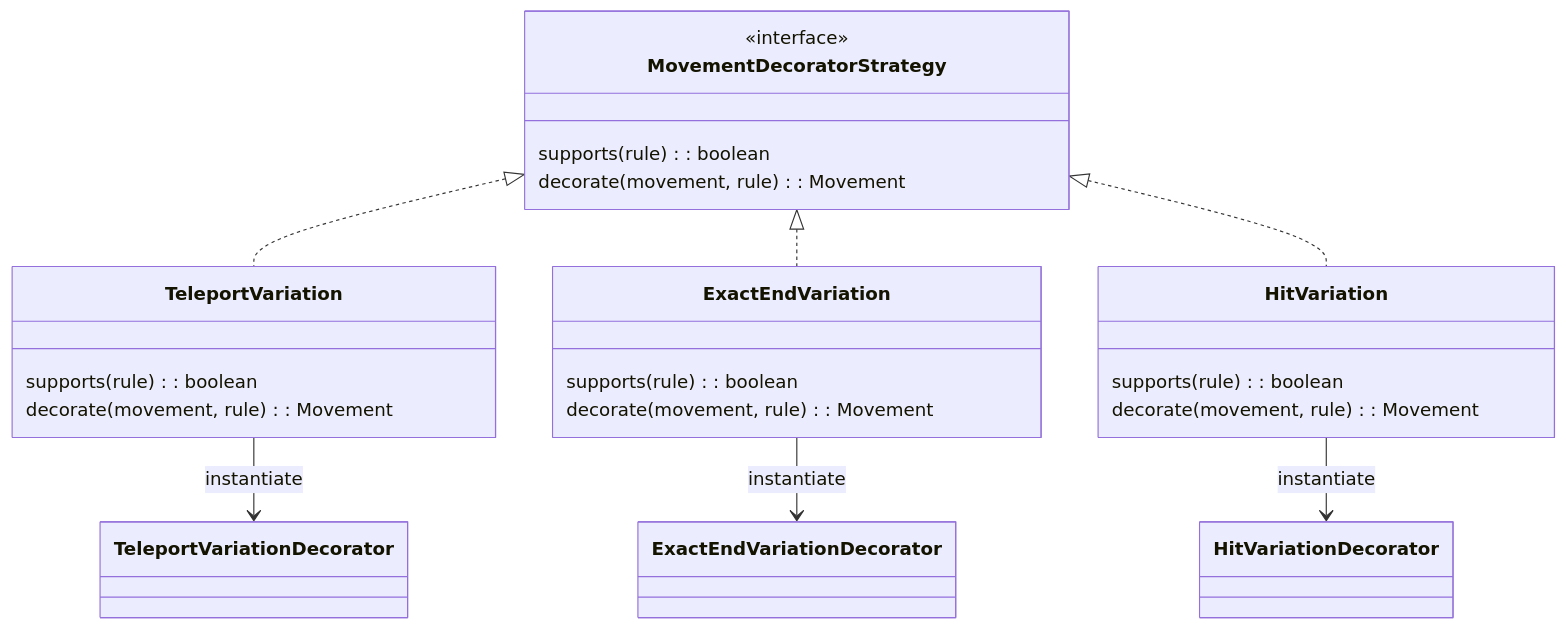
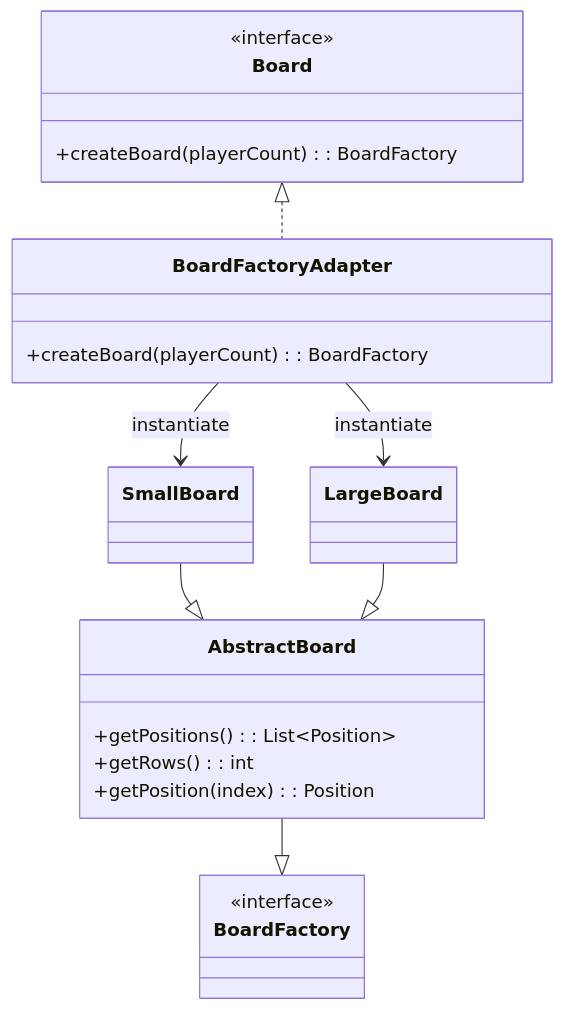
Before and after one commit to SirRmelTheThird/HyperJump: diagram 15 of 30 in README.md, drawn with Mermaid. The commit also changed other lines of this file, not shown here.

````diff
--- a/README.md
+++ b/README.md
@@ -611,30 +688,34 @@
 ```mermaid
 classDiagram
-MovementDecoratorStrategy <|.. TeleportVariation
-MovementDecoratorStrategy <|.. ExactEndVariation
-MovementDecoratorStrategy <|.. HitVariation
-TeleportVariation --> TeleportVariationDecorator : instantiate
-ExactEndVariation --> ExactEndVariationDecorator : instantiate
-HitVariation --> HitVariationDecorator : instantiate
+    Board <|.. BoardFactoryAdapter
+    BoardFactoryAdapter --> SmallBoard : instantiate
+    BoardFactoryAdapter --> LargeBoard : instantiate
 
-    class MovementDecoratorStrategy {
+    SmallBoard --|> AbstractBoard
+    LargeBoard --|> AbstractBoard
+
+    AbstractBoard --|> BoardFactory
+
+    class Board {
         <<interface>>
-        supports(rule): boolean
-        decorate(movement, rule): Movement
+        +createBoard(playerCount): BoardFactory
     }
 
-    class TeleportVariation {
-        supports(rule): boolean
-        decorate(movement, rule): Movement
+    class BoardFactoryAdapter {
+        +createBoard(playerCount): BoardFactory
     }
 
-    class ExactEndVariation {
-        supports(rule): boolean
-        decorate(movement, rule): Movement
+    class BoardFactory {
+        <<interface>>
     }
 
-    class HitVariation {
-        supports(rule): boolean
-        decorate(movement, rule): Movement
+    class AbstractBoard {
+        +getPositions(): List~Position~
+        +getRows(): int
+        +getPosition(index): Position
     }
+
+    class SmallBoard
+
+    class LargeBoard
 ```
````
